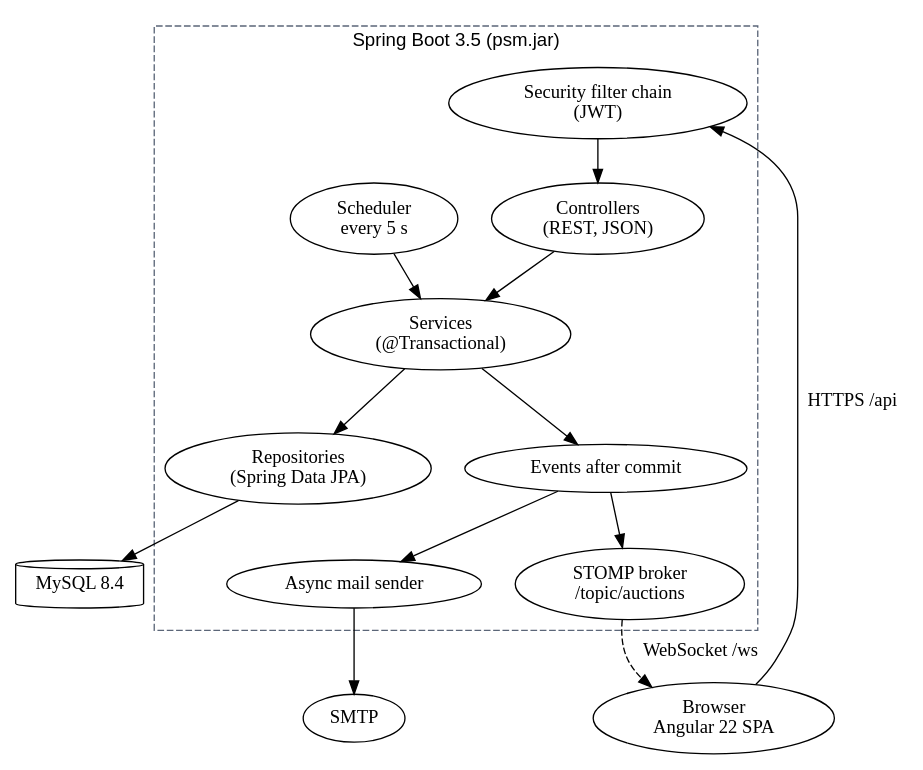
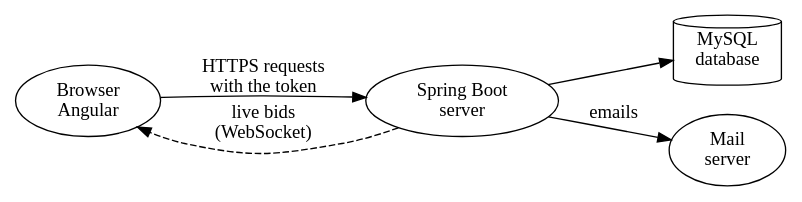
Before and after one commit to aziza-bellanes/angluar-springboot-project: the first of 3 diagrams in docs/pack/compte-rendu.md, drawn with Graphviz. The commit also changed other lines of this file and 15 other files, not shown here.

````diff
--- a/docs/pack/compte-rendu.md
+++ b/docs/pack/compte-rendu.md
@@ -48,13 +191,7 @@
 ```dot
 digraph {
-  rankdir=TB; nodesep=0.35; ranksep=0.45;
-  b[label="Browser\nAngular 22 SPA"];
-  subgraph cluster_a { label="Spring Boot 3.5 (psm.jar)"; style="dashed"; color="#5b6678"; fontname="Helvetica";
-    f[label="Security filter chain\n(JWT)"]; c[label="Controllers\n(REST, JSON)"]; s[label="Services\n(@Transactional)"]; r[label="Repositories\n(Spring Data JPA)"];
-    ev[label="Events after commit"]; ws[label="STOMP broker\n/topic/auctions"]; m[label="Async mail sender"]; sch[label="Scheduler\nevery 5 s"]; }
-  db[label="MySQL 8.4",shape=cylinder]; smtp[label="SMTP"];
-  b -> f [label="HTTPS /api"]; f -> c -> s -> r -> db [label=""];
-  s -> ev; ev -> ws; ev -> m -> smtp; sch -> s;
-  ws -> b [label="WebSocket /ws",style=dashed];
+  rankdir=LR; nodesep=0.3;
+  b[label="Browser\nAngular"]; s[label="Spring Boot\nserver"]; d[label="MySQL\ndatabase",shape=cylinder]; m[label="Mail\nserver"];
+  b -> s [label="HTTPS requests\nwith the token"]; s -> b [label="live bids\n(WebSocket)",style=dashed]; s -> d; s -> m [label="emails"];
 }
 ```
````
